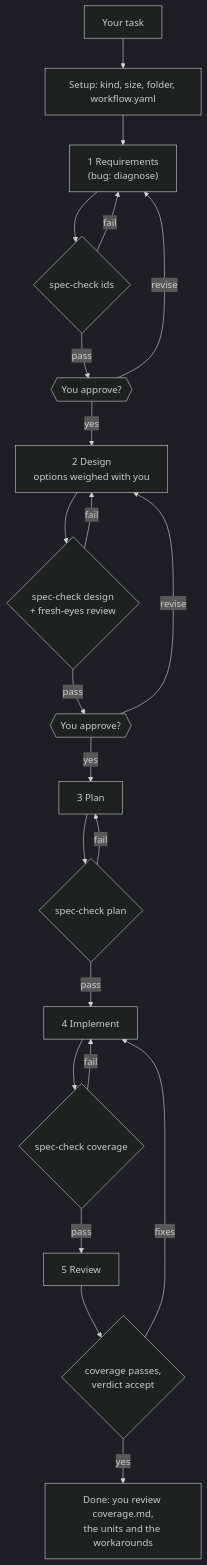
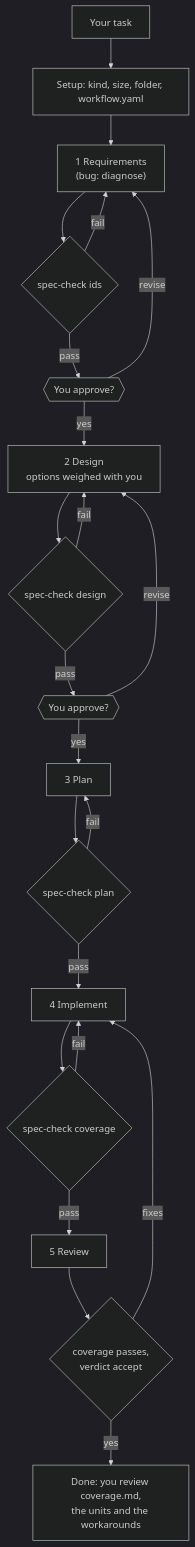
One commit to SimonWang9610/my-claude changed the first of 4 diagrams in plugins/my-workflow/README.md. Above: the diagram before and after it, drawn with Mermaid (dark theme). The commit also changed other lines of this file and 36 other files, not shown here.

````diff
--- a/plugins/my-workflow/README.md
+++ b/plugins/my-workflow/README.md
@@ -206,24 +206,24 @@
 ```mermaid
 flowchart TD
   START["Your task"] --> SETUP["Setup: kind, size, folder, workflow.yaml"]
   SETUP --> REQ["1 Requirements<br/>(bug: diagnose)"]
   REQ --> C1{"spec-check ids"}
   C1 -->|"fail"| REQ
   C1 -->|"pass"| G1{{"You approve?"}}
   G1 -->|"revise"| REQ
   G1 -->|"yes"| DES["2 Design<br/>options weighed with you"]
-  DES --> C2{"spec-check design<br/>+ fresh-eyes review"}
+  DES --> C2{"spec-check design"}
   C2 -->|"fail"| DES
   C2 -->|"pass"| G2{{"You approve?"}}
   G2 -->|"revise"| DES
   G2 -->|"yes"| PLAN["3 Plan"]
   PLAN --> C3{"spec-check plan"}
   C3 -->|"fail"| PLAN
   C3 -->|"pass"| IMPL["4 Implement"]
   IMPL --> C4{"spec-check coverage"}
   C4 -->|"fail"| IMPL
   C4 -->|"pass"| REV["5 Review"]
   REV --> C5{"coverage passes,<br/>verdict accept"}
   C5 -->|"fixes"| IMPL
   C5 -->|"yes"| DONE["Done: you review coverage.md,<br/>the units and the workarounds"]
 ```
````
